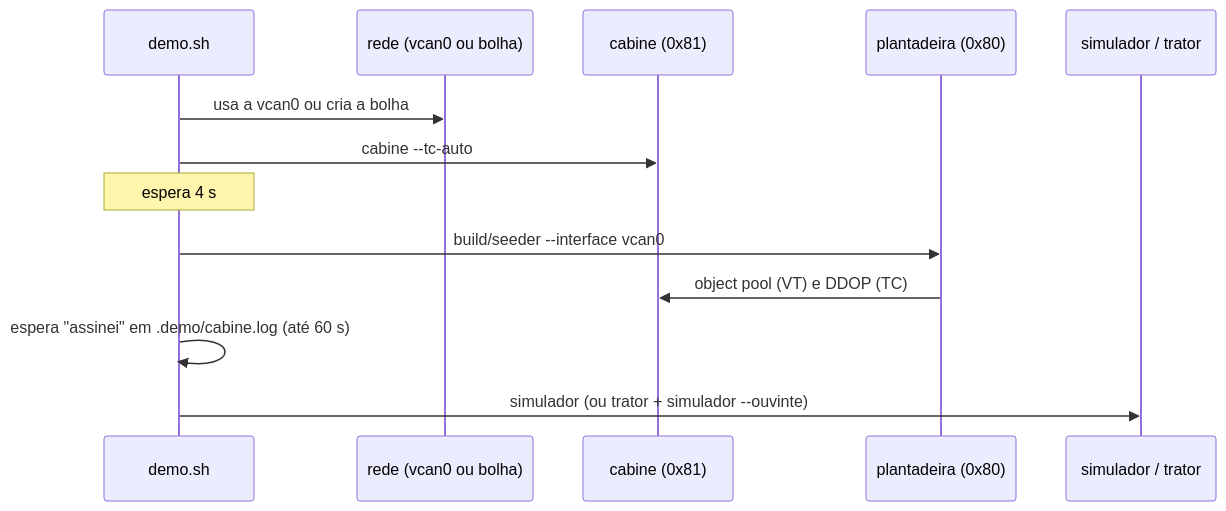
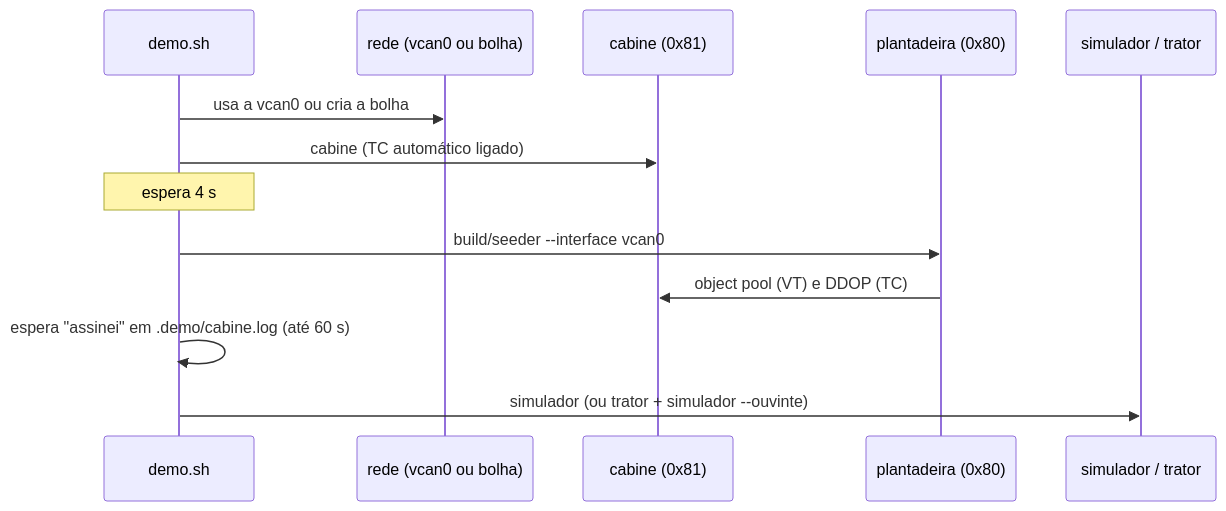
One commit to jmfdev6/devfest-isobus-flutter changed the diagram in docs/demo.md. Above: the diagram before and after it, drawn with Mermaid. The commit also changed other lines of this file and 58 other files, not shown here.

First line of the commit message:
Cabine só com o VT; tira shapefile, piloto automático e mapas

````diff
--- a/docs/demo.md
+++ b/docs/demo.md
@@ -27,15 +23,15 @@
 ```mermaid
 sequenceDiagram
     participant D as demo.sh
     participant R as rede (vcan0 ou bolha)
     participant C as cabine (0x81)
     participant P as plantadeira (0x80)
     participant S as simulador / trator
     D->>R: usa a vcan0 ou cria a bolha
-    D->>C: cabine --tc-auto
+    D->>C: cabine (TC automático ligado)
     Note over D: espera 4 s
     D->>P: build/seeder --interface vcan0
     P->>C: object pool (VT) e DDOP (TC)
     D->>D: espera "assinei" em .demo/cabine.log (até 60 s)
     D->>S: simulador (ou trator + simulador --ouvinte)
 ```
````
